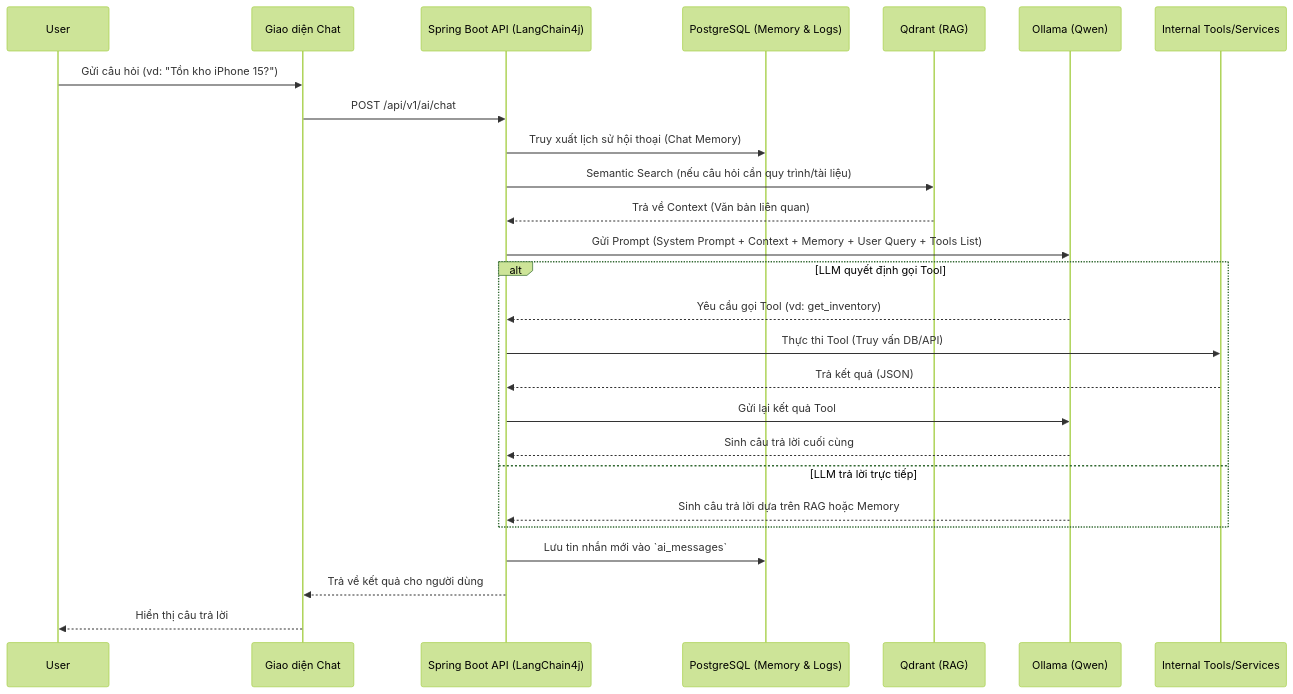
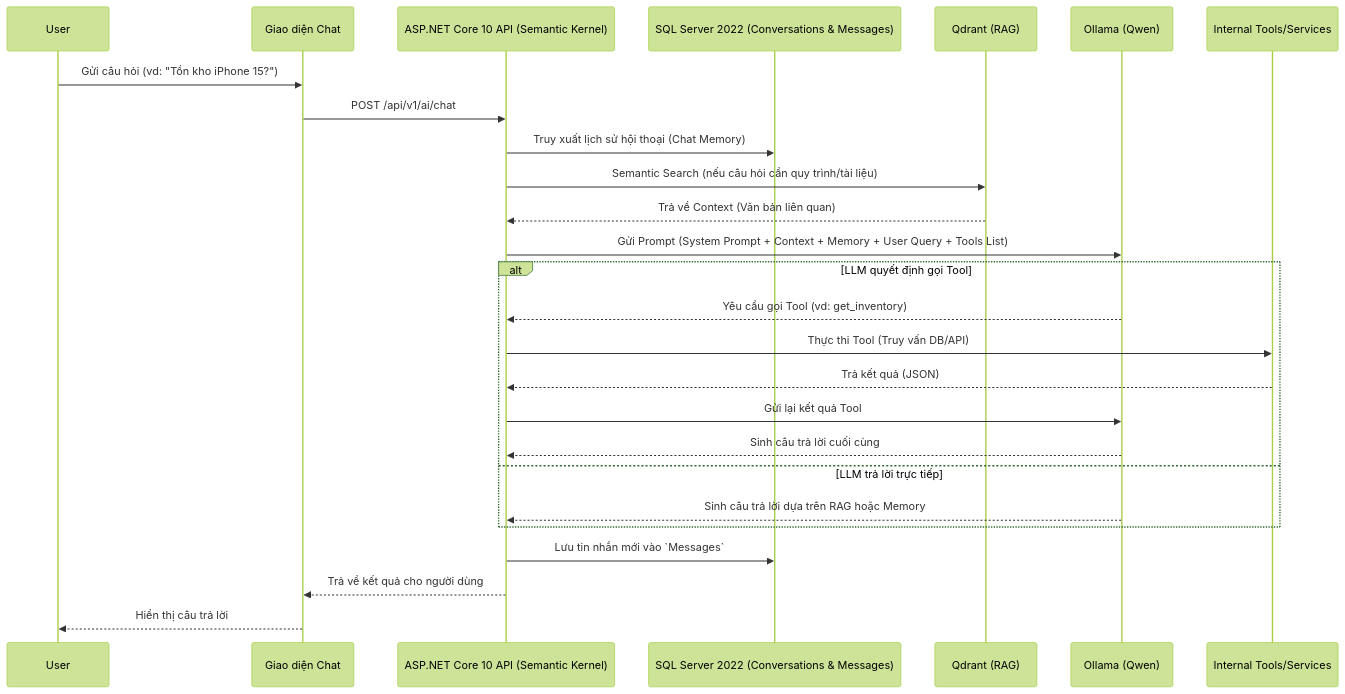
Before and after one commit to tkhoa789/Phone-Service-Platform: the diagram in docs/Phase 5 - AI Design/AI_ARCHITECTURE.md, drawn with Mermaid (forest theme). The commit also changed other lines of this file and 377 other files, not shown here.

````diff
--- a/docs/Phase 5 - AI Design/AI_ARCHITECTURE.md
+++ b/docs/Phase 5 - AI Design/AI_ARCHITECTURE.md
@@ -36,31 +36,31 @@
 ```mermaid
 sequenceDiagram
     participant User
     participant UI as Giao diện Chat
-    participant API as Spring Boot API (LangChain4j)
-    participant DB as PostgreSQL (Memory & Logs)
+    participant API as ASP.NET Core 10 API (Semantic Kernel)
+    participant DB as SQL Server 2022 (Conversations & Messages)
     participant VectorDB as Qdrant (RAG)
     participant LLM as Ollama (Qwen)
     participant Tools as Internal Tools/Services
 
     User->>UI: Gửi câu hỏi (vd: "Tồn kho iPhone 15?")
     UI->>API: POST /api/v1/ai/chat
     API->>DB: Truy xuất lịch sử hội thoại (Chat Memory)
     API->>VectorDB: Semantic Search (nếu câu hỏi cần quy trình/tài liệu)
     VectorDB-->>API: Trả về Context (Văn bản liên quan)
     API->>LLM: Gửi Prompt (System Prompt + Context + Memory + User Query + Tools List)
     
     alt LLM quyết định gọi Tool
         LLM-->>API: Yêu cầu gọi Tool (vd: get_inventory)
         API->>Tools: Thực thi Tool (Truy vấn DB/API)
         Tools-->>API: Trả kết quả (JSON)
         API->>LLM: Gửi lại kết quả Tool
         LLM-->>API: Sinh câu trả lời cuối cùng
     else LLM trả lời trực tiếp
         LLM-->>API: Sinh câu trả lời dựa trên RAG hoặc Memory
     end
     
-    API->>DB: Lưu tin nhắn mới vào `ai_messages`
+    API->>DB: Lưu tin nhắn mới vào `Messages`
     API-->>UI: Trả về kết quả cho người dùng
     UI-->>User: Hiển thị câu trả lời
 ```
````
